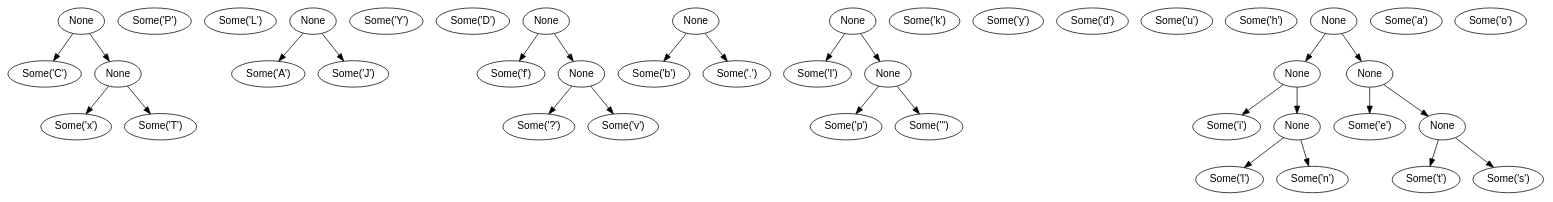
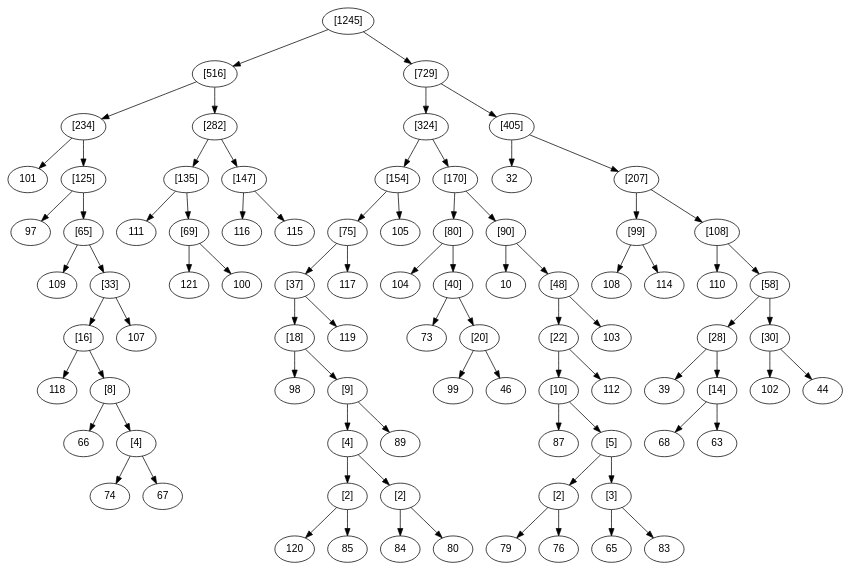
Before and after one commit to lukas-hen/compRS: the diagram in resources/test.dot, drawn with Graphviz. The commit also changed 2 other files, not shown here.

```diff
--- a/resources/test.dot
+++ b/resources/test.dot
@@ -1,59 +1,130 @@
 digraph BST {
 	node [fontname="Arial"]
-	l23 [ label = "Some('x')" ];
-	l27 [ label = "Some('T')" ];
-	l18 [ label = "Some('P')" ];
-	l17 [ label = "Some('L')" ];
-	l31 [ label = "Some('A')" ];
-	l14 [ label = "Some('J')" ];
-	l4 [ label = "Some('C')" ];
-	l43 [ label = "None" ];
-	l45 [ label = "None" ];
-	l46 [ label = "None" ];
-	l42 [ label = "Some('Y')" ];
-	l36 [ label = "Some('D')" ];
-	l8 [ label = "Some('?')" ];
-	l35 [ label = "Some('v')" ];
-	l30 [ label = "Some('b')" ];
-	l25 [ label = "Some('.')" ];
-	l1 [ label = "Some('p')" ];
-	l32 [ label = "Some('\'')" ];
-	l10 [ label = "Some('f')" ];
-	l49 [ label = "None" ];
-	l16 [ label = "Some('k')" ];
-	l50 [ label = "None" ];
-	l13 [ label = "Some('I')" ];
-	l51 [ label = "None" ];
-	l52 [ label = "None" ];
-	l29 [ label = "Some('y')" ];
-	l12 [ label = "Some('d')" ];
-	l28 [ label = "Some('u')" ];
-	l41 [ label = "Some('h')" ];
-	l54 [ label = "None" ];
-	l21 [ label = "Some('l')" ];
-	l2 [ label = "Some('n')" ];
-	l34 [ label = "Some('a')" ];
-	l33 [ label = "Some('o')" ];
-	l15 [ label = "Some('t')" ];
-	l40 [ label = "Some('s')" ];
-	l0 [ label = "Some('i')" ];
-	l58 [ label = "None" ];
-	l6 [ label = "Some('e')" ];
-	l60 [ label = "None" ];
-	l61 [ label = "None" ];
-	l62 [ label = "None" ];
-	l63 [ label = "None" ];
-	l43 -> { l23 l27 };
-	l45 -> { l31 l14 };
-	l46 -> { l4 l43 };
-	l49 -> { l8 l35 };
-	l50 -> { l30 l25 };
-	l51 -> { l1 l32 };
-	l52 -> { l10 l49 };
-	l54 -> { l13 l51 };
-	l58 -> { l21 l2 };
-	l60 -> { l15 l40 };
-	l61 -> { l0 l58 };
-	l62 -> { l6 l60 };
-	l63 -> { l61 l62 };
+	l6 [ label = "120" ];
+	l29 [ label = "85" ];
+	l39 [ label = "84" ];
+	l8 [ label = "80" ];
+	l4 [ label = "79" ];
+	l3 [ label = "76" ];
+	l40 [ label = "65" ];
+	l2 [ label = "83" ];
+	l14 [ label = "74" ];
+	l22 [ label = "67" ];
+	l43 [ label = "[2]" ];
+	l44 [ label = "[2]" ];
+	l45 [ label = "[2]" ];
+	l46 [ label = "[3]" ];
+	l19 [ label = "66" ];
+	l47 [ label = "[4]" ];
+	l48 [ label = "[4]" ];
+	l24 [ label = "89" ];
+	l37 [ label = "87" ];
+	l49 [ label = "[5]" ];
+	l17 [ label = "68" ];
+	l28 [ label = "63" ];
+	l32 [ label = "118" ];
+	l50 [ label = "[8]" ];
+	l38 [ label = "98" ];
+	l51 [ label = "[9]" ];
+	l35 [ label = "99" ];
+	l13 [ label = "46" ];
+	l52 [ label = "[10]" ];
+	l41 [ label = "112" ];
+	l16 [ label = "39" ];
+	l53 [ label = "[14]" ];
+	l36 [ label = "102" ];
+	l15 [ label = "44" ];
+	l54 [ label = "[16]" ];
+	l30 [ label = "107" ];
+	l55 [ label = "[18]" ];
+	l9 [ label = "119" ];
+	l12 [ label = "73" ];
+	l56 [ label = "[20]" ];
+	l57 [ label = "[22]" ];
+	l31 [ label = "103" ];
+	l58 [ label = "[28]" ];
+	l59 [ label = "[30]" ];
+	l0 [ label = "109" ];
+	l60 [ label = "[33]" ];
+	l42 [ label = "121" ];
+	l7 [ label = "100" ];
+	l61 [ label = "[37]" ];
+	l10 [ label = "117" ];
+	l18 [ label = "104" ];
+	l62 [ label = "[40]" ];
+	l27 [ label = "10" ];
+	l63 [ label = "[48]" ];
+	l26 [ label = "108" ];
+	l33 [ label = "114" ];
+	l34 [ label = "110" ];
+	l64 [ label = "[58]" ];
+	l20 [ label = "97" ];
+	l65 [ label = "[65]" ];
+	l21 [ label = "111" ];
+	l66 [ label = "[69]" ];
+	l23 [ label = "116" ];
+	l1 [ label = "115" ];
+	l67 [ label = "[75]" ];
+	l25 [ label = "105" ];
+	l68 [ label = "[80]" ];
+	l69 [ label = "[90]" ];
+	l70 [ label = "[99]" ];
+	l71 [ label = "[108]" ];
+	l11 [ label = "101" ];
+	l72 [ label = "[125]" ];
+	l73 [ label = "[135]" ];
+	l74 [ label = "[147]" ];
+	l75 [ label = "[154]" ];
+	l76 [ label = "[170]" ];
+	l5 [ label = "32" ];
+	l77 [ label = "[207]" ];
+	l78 [ label = "[234]" ];
+	l79 [ label = "[282]" ];
+	l80 [ label = "[324]" ];
+	l81 [ label = "[405]" ];
+	l82 [ label = "[516]" ];
+	l83 [ label = "[729]" ];
+	l84 [ label = "[1245]" ];
+	l43 -> { l6 l29 };
+	l44 -> { l39 l8 };
+	l45 -> { l4 l3 };
+	l46 -> { l40 l2 };
+	l47 -> { l14 l22 };
+	l48 -> { l43 l44 };
+	l49 -> { l45 l46 };
+	l50 -> { l19 l47 };
+	l51 -> { l48 l24 };
+	l52 -> { l37 l49 };
+	l53 -> { l17 l28 };
+	l54 -> { l32 l50 };
+	l55 -> { l38 l51 };
+	l56 -> { l35 l13 };
+	l57 -> { l52 l41 };
+	l58 -> { l16 l53 };
+	l59 -> { l36 l15 };
+	l60 -> { l54 l30 };
+	l61 -> { l55 l9 };
+	l62 -> { l12 l56 };
+	l63 -> { l57 l31 };
+	l64 -> { l58 l59 };
+	l65 -> { l0 l60 };
+	l66 -> { l42 l7 };
+	l67 -> { l61 l10 };
+	l68 -> { l18 l62 };
+	l69 -> { l27 l63 };
+	l70 -> { l26 l33 };
+	l71 -> { l34 l64 };
+	l72 -> { l20 l65 };
+	l73 -> { l21 l66 };
+	l74 -> { l23 l1 };
+	l75 -> { l67 l25 };
+	l76 -> { l68 l69 };
+	l77 -> { l70 l71 };
+	l78 -> { l11 l72 };
+	l79 -> { l73 l74 };
+	l80 -> { l75 l76 };
+	l81 -> { l5 l77 };
+	l82 -> { l78 l79 };
+	l83 -> { l80 l81 };
+	l84 -> { l82 l83 };
 }
```
